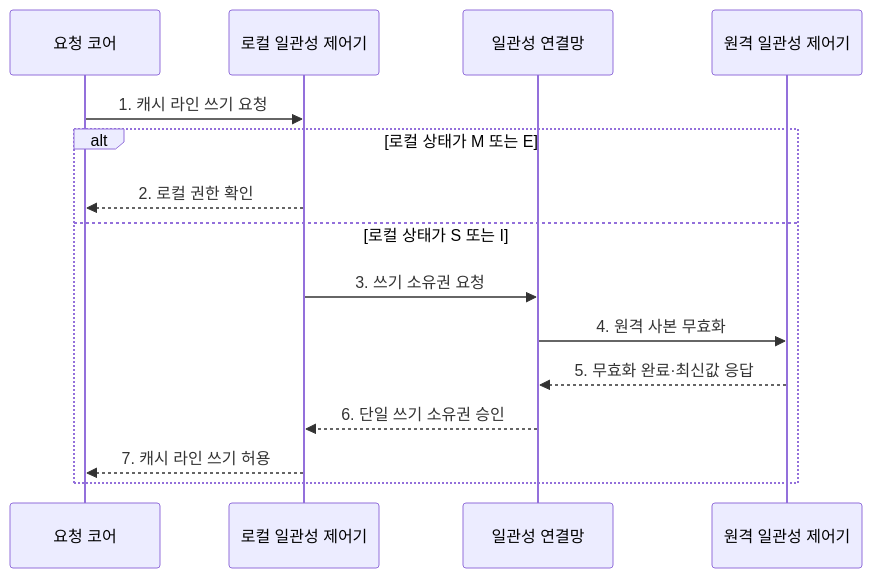
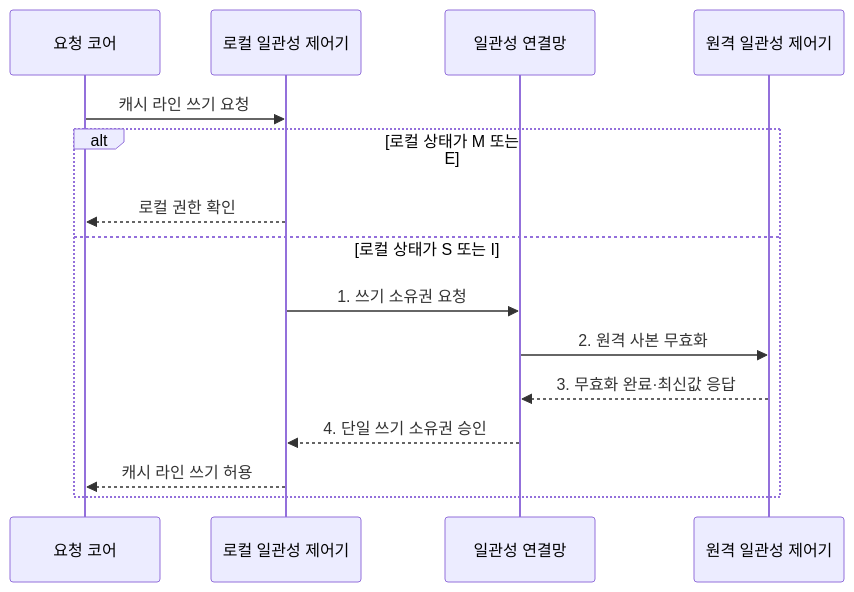
One commit to agnusdei1207/knowledge-base changed the second of 2 diagrams in src/content/docs/notes/02-hardware/014_cache_coherence_protocol.md. Above: the diagram before and after it, drawn with Mermaid. The commit also changed other lines of this file and 19 other files, not shown here.

````diff
--- a/src/content/docs/notes/02-hardware/014_cache_coherence_protocol.md
+++ b/src/content/docs/notes/02-hardware/014_cache_coherence_protocol.md
@@ -83,17 +83,17 @@
 ```mermaid
 sequenceDiagram
     participant A as 요청 코어
     participant C as 로컬 일관성 제어기
     participant N as 일관성 연결망
     participant R as 원격 일관성 제어기
-    A->>C: 1. 캐시 라인 쓰기 요청
+    A->>C: 캐시 라인 쓰기 요청
     alt 로컬 상태가 M 또는 E
-        C-->>A: 2. 로컬 권한 확인
+        C-->>A: 로컬 권한 확인
     else 로컬 상태가 S 또는 I
-        C->>N: 3. 쓰기 소유권 요청
-        N->>R: 4. 원격 사본 무효화
-        R-->>N: 5. 무효화 완료·최신값 응답
-        N-->>C: 6. 단일 쓰기 소유권 승인
-        C-->>A: 7. 캐시 라인 쓰기 허용
+        C->>N: 1. 쓰기 소유권 요청
+        N->>R: 2. 원격 사본 무효화
+        R-->>N: 3. 무효화 완료·최신값 응답
+        N-->>C: 4. 단일 쓰기 소유권 승인
+        C-->>A: 캐시 라인 쓰기 허용
     end
 ```
````
